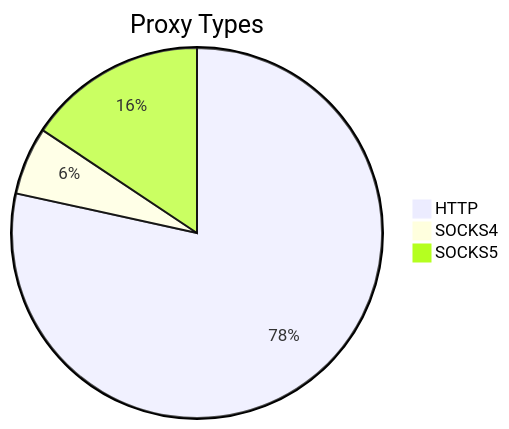
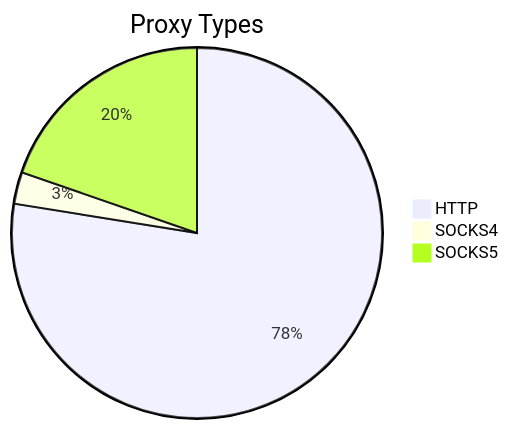
Before and after one commit to stormsia/proxy-list: the first of 2 diagrams in README.md, drawn with Mermaid. The commit also changed other lines of this file, not shown here.

````diff
--- a/README.md
+++ b/README.md
@@ -21,6 +21,6 @@
 ```mermaid
 pie title Proxy Types
-    "HTTP" : 331
-    "SOCKS4" : 25
-    "SOCKS5" : 66
+    "HTTP" : 252
+    "SOCKS4" : 9
+    "SOCKS5" : 64
 ```
````
